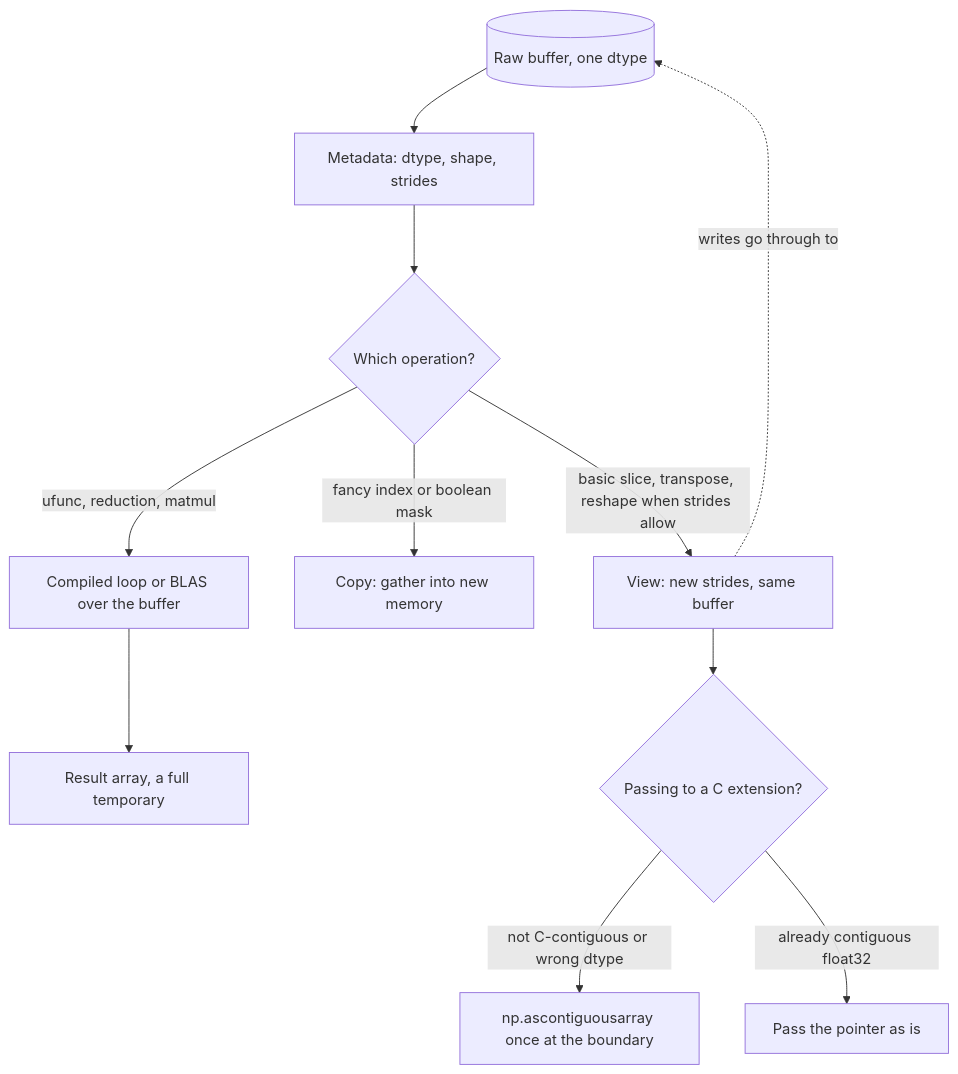
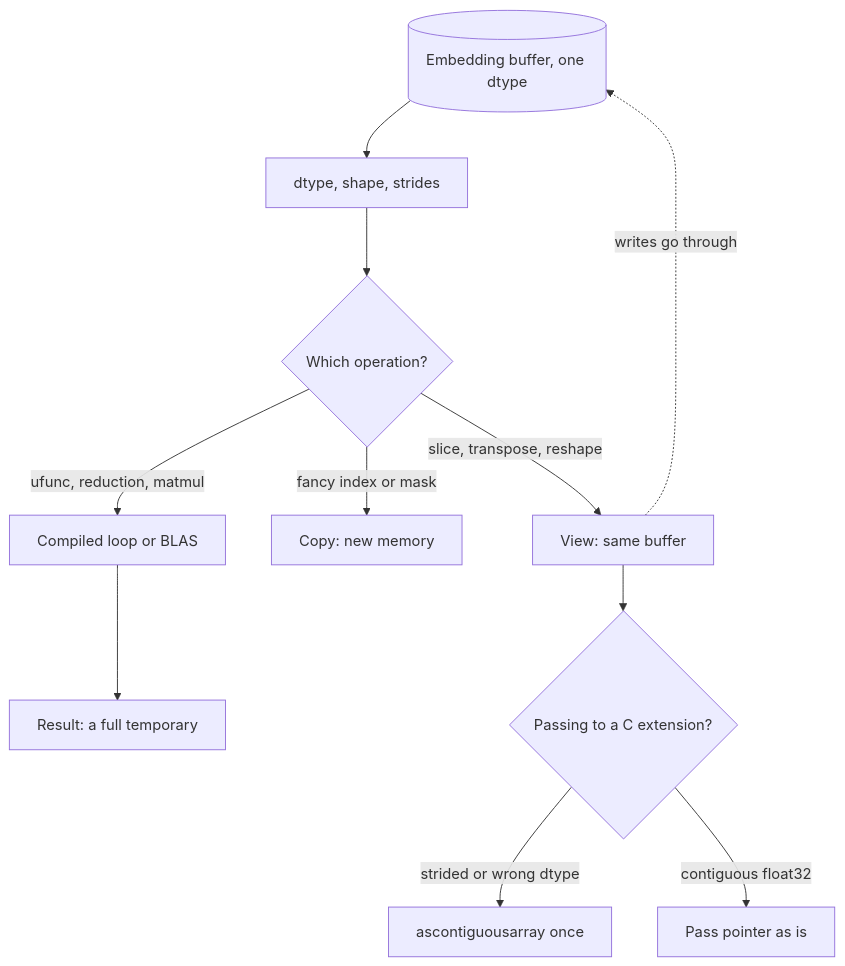
Before and after one commit to lovishmahajan97/agentic-learning: the diagram in content/python-for-ai/numpy.md, drawn with Mermaid. The commit also changed other lines of this file and 266 other files, not shown here.

````diff
--- a/content/python-for-ai/numpy.md
+++ b/content/python-for-ai/numpy.md
@@ -121,13 +138,13 @@
 ```mermaid
 flowchart TD
-    B[("Raw buffer, one dtype")] --> M["Metadata: dtype, shape, strides"]
+    B[("Embedding buffer, one dtype")] --> M["dtype, shape, strides"]
     M --> O{"Which operation?"}
-    O -->|"basic slice, transpose, reshape when strides allow"| V["View: new strides, same buffer"]
-    O -->|"fancy index or boolean mask"| C["Copy: gather into new memory"]
-    O -->|"ufunc, reduction, matmul"| K["Compiled loop or BLAS over the buffer"]
-    V -.->|"writes go through to"| B
-    K --> R["Result array, a full temporary"]
+    O -->|"slice, transpose, reshape"| V["View: same buffer"]
+    O -->|"fancy index or mask"| C["Copy: new memory"]
+    O -->|"ufunc, reduction, matmul"| K["Compiled loop or BLAS"]
+    V -.->|"writes go through"| B
+    K --> R["Result: a full temporary"]
     V --> X{"Passing to a C extension?"}
-    X -->|"not C-contiguous or wrong dtype"| A["np.ascontiguousarray once at the boundary"]
-    X -->|"already contiguous float32"| P["Pass the pointer as is"]
+    X -->|"strided or wrong dtype"| A["ascontiguousarray once"]
+    X -->|"contiguous float32"| P["Pass pointer as is"]
 ```
````
